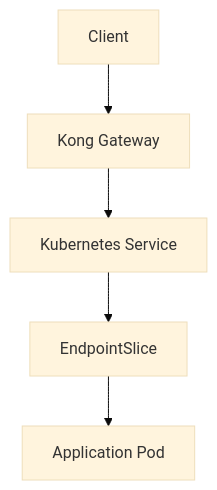
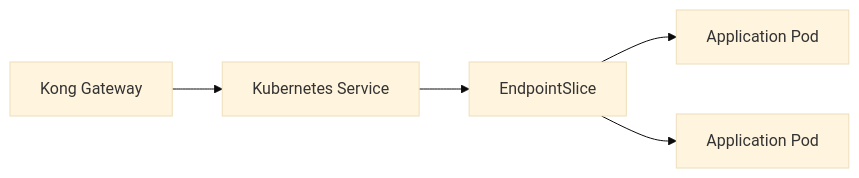
Before and after one commit to merazsheikh/kong-kubernetes-lab: the fifth of 12 diagrams in README.md, drawn with Mermaid (base theme). The commit also changed other lines of this file, not shown here.

````diff
--- a/README.md
+++ b/README.md
@@ -241,7 +521,13 @@
 ```mermaid
-flowchart TD
-    Client --> Kong[Kong Gateway]
-    Kong --> K8s[Kubernetes Service]
-    K8s --> EP[EndpointSlice]
-    EP --> Pod[Application Pod]
+flowchart LR
+    Kong["Kong Gateway"]
+    Service["Kubernetes Service"]
+    EP["EndpointSlice"]
+    Pod1["Application Pod"]
+    Pod2["Application Pod"]
+
+    Kong --> Service
+    Service --> EP
+    EP --> Pod1
+    EP --> Pod2
 ```
````
